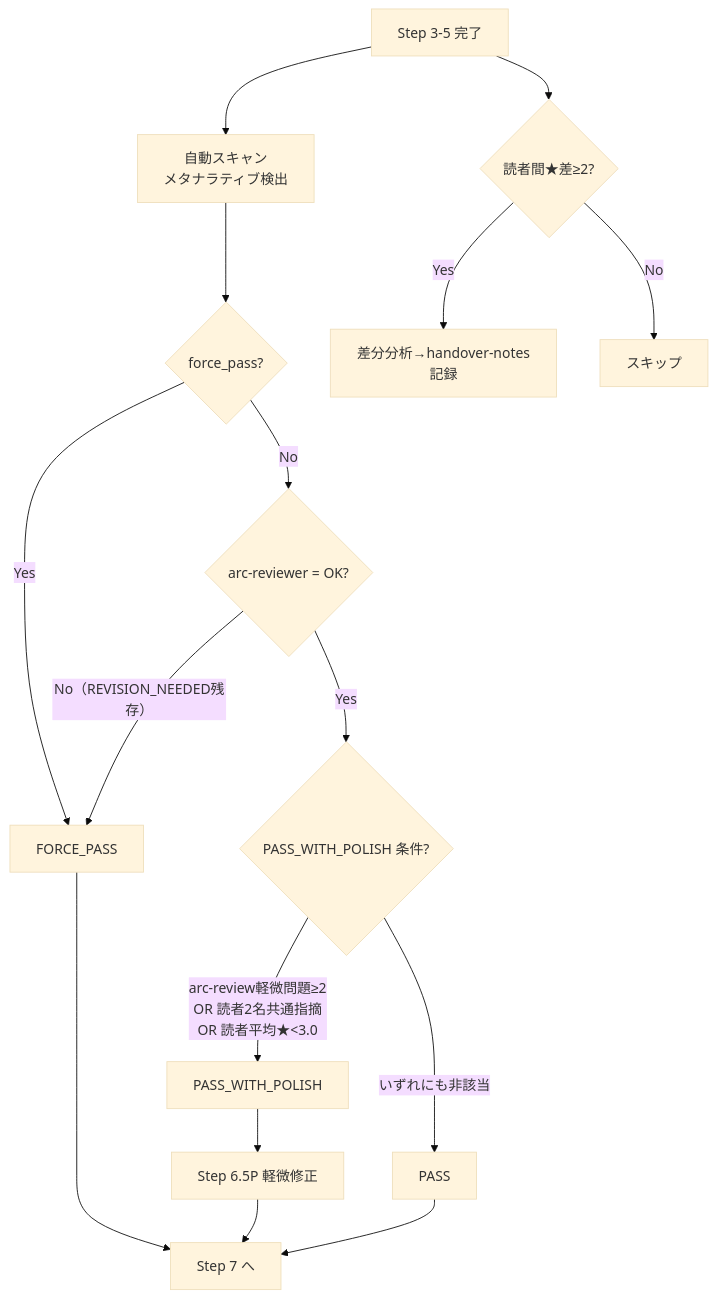
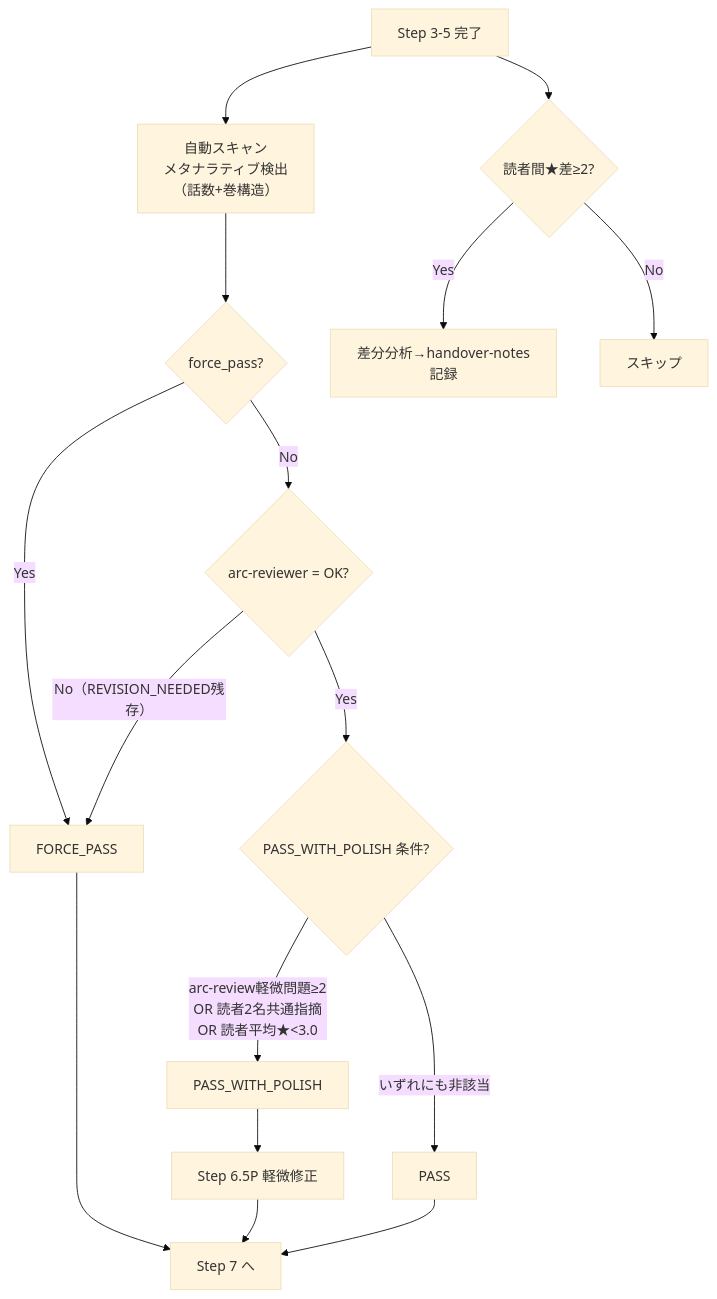
Before and after one commit to finelagusaz/Agentic_Writing: the second of 4 diagrams in docs/workflows.md, drawn with Mermaid (base theme). The commit also changed other lines of this file and 1 other file, not shown here.

````diff
--- a/docs/workflows.md
+++ b/docs/workflows.md
@@ -175,20 +179,20 @@
 ```mermaid
 flowchart TD
-    A["Step 3-5 完了"] --> S0["自動スキャン<br/>メタナラティブ検出"]
+    A["Step 3-5 完了"] --> S0["自動スキャン<br/>メタナラティブ検出<br/>（話数+巻構造）"]
     S0 --> C{"force_pass?"}
     C -->|Yes| FP["FORCE_PASS"]
     C -->|No| D{"arc-reviewer = OK?"}
     D -->|No（REVISION_NEEDED残存）| FP
     D -->|Yes| E{"PASS_WITH_POLISH 条件?"}
     E -->|"arc-review軽微問題≥2\nOR 読者2名共通指摘\nOR 読者平均★<3.0"| PWP["PASS_WITH_POLISH"]
     E -->|いずれにも非該当| PASS["PASS"]
 
     PWP --> POL["Step 6.5P 軽微修正"]
     POL --> FIN["Step 7 へ"]
     PASS --> FIN
     FP --> FIN
 
     A --> GAP{"読者間★差≥2?"}
     GAP -->|Yes| ANAL["差分分析→handover-notes記録"]
     GAP -->|No| SKIP["スキップ"]
 ```
````
